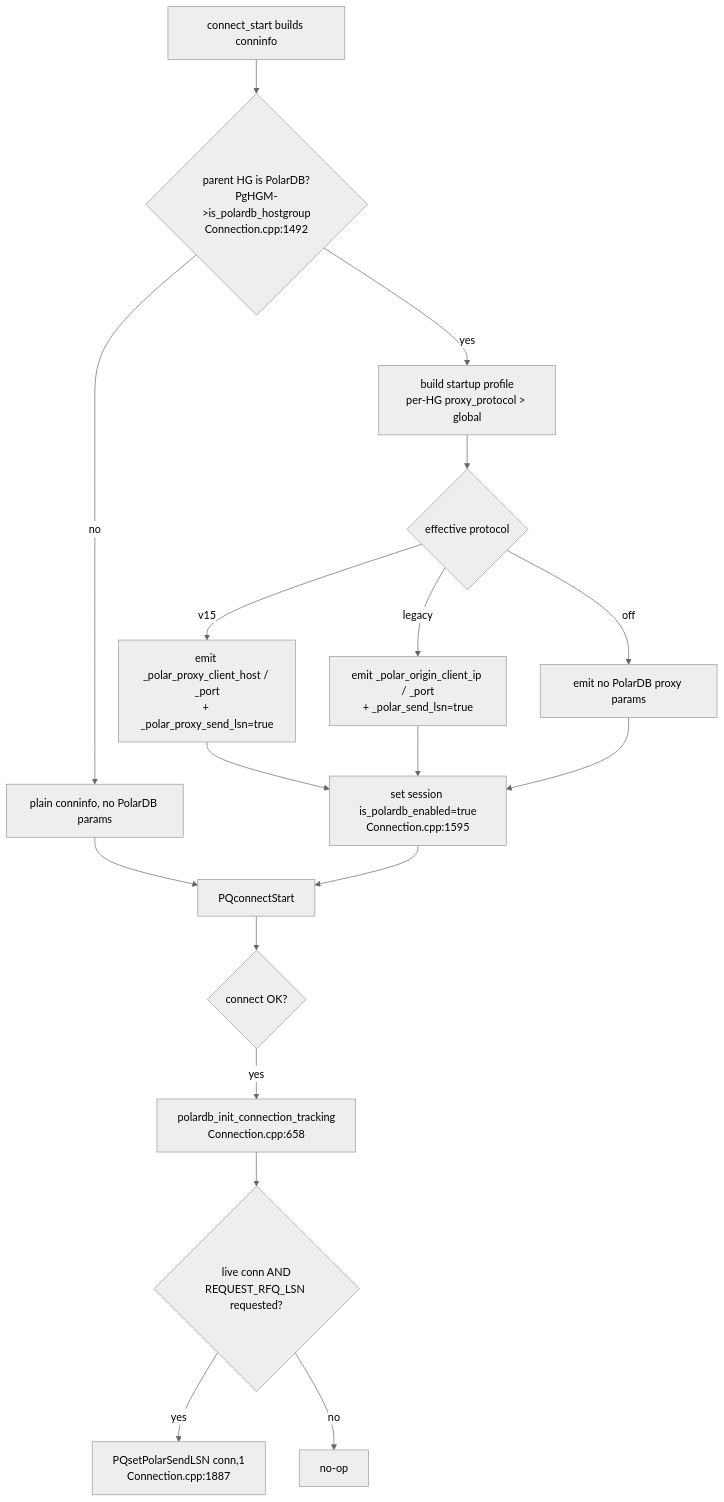
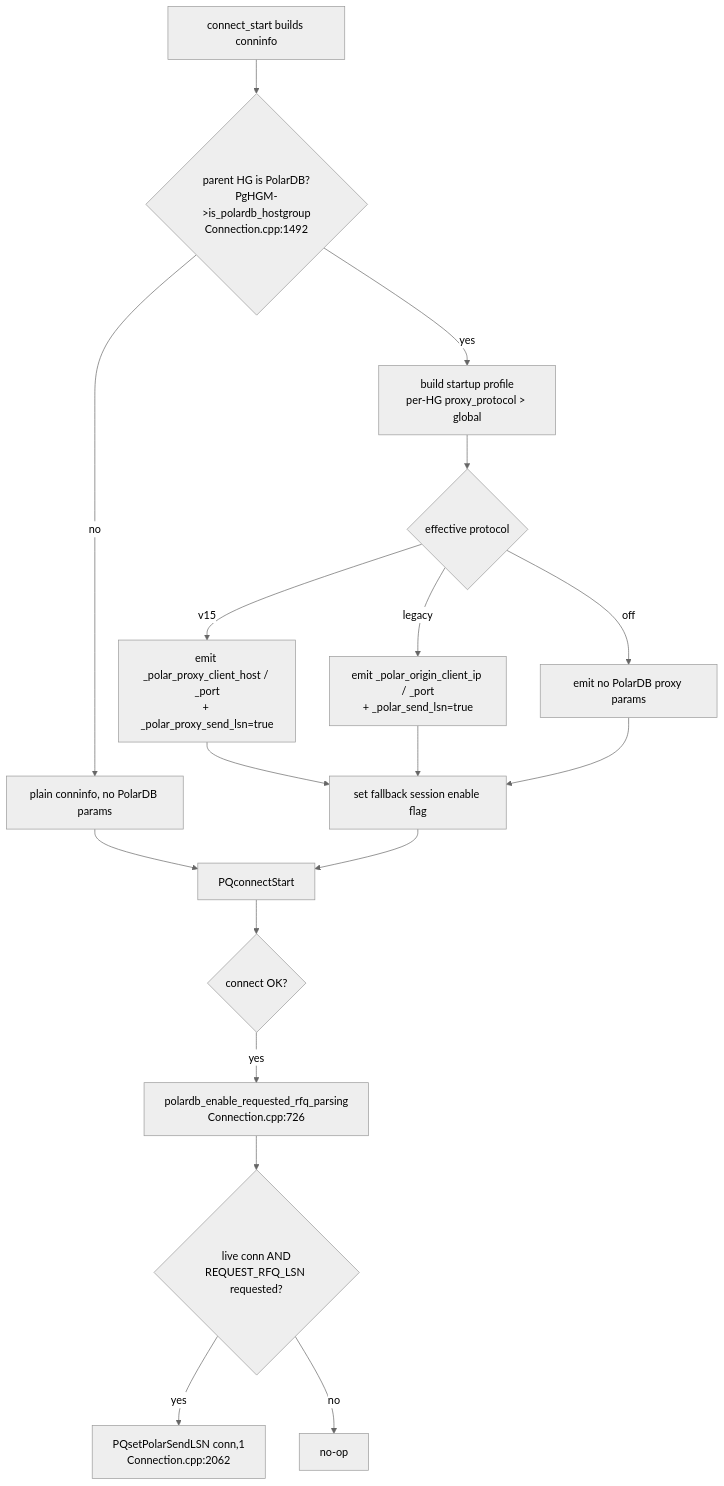
Before and after one commit to awide-labs/polar-proxy: the first of 4 diagrams in doc/polardb-arch/11-CONNECTION-AND-LIBPQ.md, drawn with Mermaid (neutral theme). The commit also changed other lines of this file and 29 other files, not shown here.

First line of the commit message:
docs(polardb): document v15_wait extended query flow

````diff
--- a/doc/polardb-arch/11-CONNECTION-AND-LIBPQ.md
+++ b/doc/polardb-arch/11-CONNECTION-AND-LIBPQ.md
@@ -492,20 +511,20 @@
 ```mermaid
 flowchart TD
   A[connect_start builds conninfo] --> B{parent HG is PolarDB?<br/>PgHGM->is_polardb_hostgroup<br/>Connection.cpp:1492}
   B -- no --> C[plain conninfo, no PolarDB params]
   B -- yes --> D[build startup profile<br/>per-HG proxy_protocol > global]
   D --> E{effective protocol}
   E -- v15 --> F["emit _polar_proxy_client_host / _port<br/>+ _polar_proxy_send_lsn=true"]
   E -- legacy --> G["emit _polar_origin_client_ip / _port<br/>+ _polar_send_lsn=true"]
   E -- off --> X["emit no PolarDB proxy params"]
-  F --> SE[set session is_polardb_enabled=true<br/>Connection.cpp:1595]
+  F --> SE[set fallback session enable flag]
   G --> SE
   X --> SE
   C --> PQ[PQconnectStart]
   SE --> PQ
   PQ --> I{connect OK?}
-  I -- yes --> J[polardb_init_connection_tracking<br/>Connection.cpp:658]
+  I -- yes --> J[polardb_enable_requested_rfq_parsing<br/>Connection.cpp:726]
   J --> K{live conn AND<br/>REQUEST_RFQ_LSN requested?}
-  K -- yes --> L[PQsetPolarSendLSN conn,1<br/>Connection.cpp:1887]
+  K -- yes --> L[PQsetPolarSendLSN conn,1<br/>Connection.cpp:2062]
   K -- no --> M[no-op]
 ```
````
